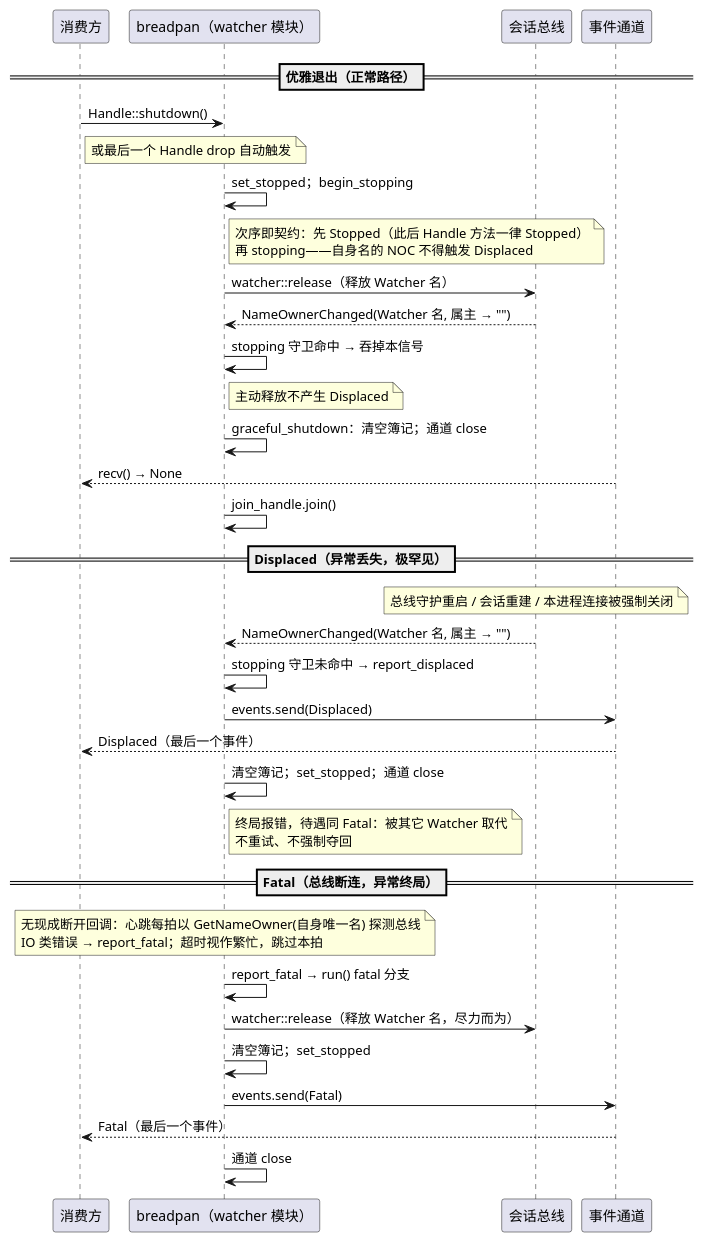
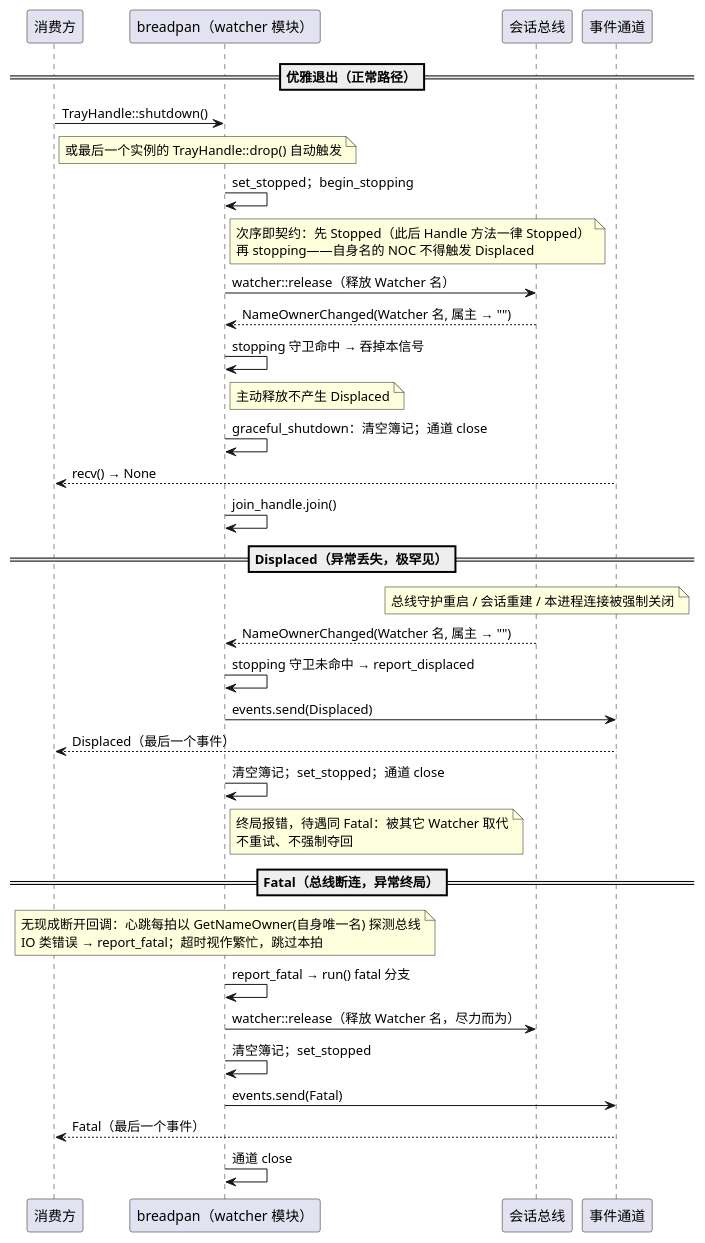
One commit to 54m43lJ/BreadKnife changed the diagram in breadpan/diagram/breadpan-stop.puml. Above: the diagram before and after it, drawn with PlantUML. The commit also changed 3 other files, not shown here.

First line of the commit message:
docs(breadpan): 停机入口具体化——Drop 签名入 §3.1；§2.7 与图改引具体方法

```diff
--- a/breadpan/diagram/breadpan-stop.puml
+++ b/breadpan/diagram/breadpan-stop.puml
@@ -1,52 +1,52 @@
 @startuml breadpan-stop
 participant "消费方" as app
 participant "breadpan（watcher 模块）" as bp
 participant "会话总线" as bus
 participant "事件通道" as ch
 
 == 优雅退出（正常路径）==
-app -> bp: Handle::shutdown()
+app -> bp: TrayHandle::shutdown()
 note right of app
-  或最后一个 Handle drop 自动触发
+  或最后一个实例的 TrayHandle::drop() 自动触发
 end note
 bp -> bp: set_stopped；begin_stopping
 note right of bp
   次序即契约：先 Stopped（此后 Handle 方法一律 Stopped）
   再 stopping——自身名的 NOC 不得触发 Displaced
 end note
 bp -> bus: watcher::release（释放 Watcher 名）
 bus --> bp: NameOwnerChanged(Watcher 名, 属主 → "")
 bp -> bp: stopping 守卫命中 → 吞掉本信号
 note right of bp
   主动释放不产生 Displaced
 end note
 bp -> bp: graceful_shutdown：清空簿记；通道 close
 ch --> app: recv() → None
 bp -> bp: join_handle.join()
 
 == Displaced（异常丢失，极罕见）==
 note over bus
   总线守护重启 / 会话重建 / 本进程连接被强制关闭
 end note
 bus --> bp: NameOwnerChanged(Watcher 名, 属主 → "")
 bp -> bp: stopping 守卫未命中 → report_displaced
 bp -> ch: events.send(Displaced)
 ch --> app: Displaced（最后一个事件）
 bp -> bp: 清空簿记；set_stopped；通道 close
 note right of bp
   终局报错，待遇同 Fatal：被其它 Watcher 取代
   不重试、不强制夺回
 end note
 
 == Fatal（总线断连，异常终局）==
 note over bp
   无现成断开回调：心跳每拍以 GetNameOwner(自身唯一名) 探测总线
   IO 类错误 → report_fatal；超时视作繁忙，跳过本拍
 end note
 bp -> bp: report_fatal → run() fatal 分支
 bp -> bus: watcher::release（释放 Watcher 名，尽力而为）
 bp -> bp: 清空簿记；set_stopped
 bp -> ch: events.send(Fatal)
 ch --> app: Fatal（最后一个事件）
 bp -> bp: 通道 close
 @enduml
```
